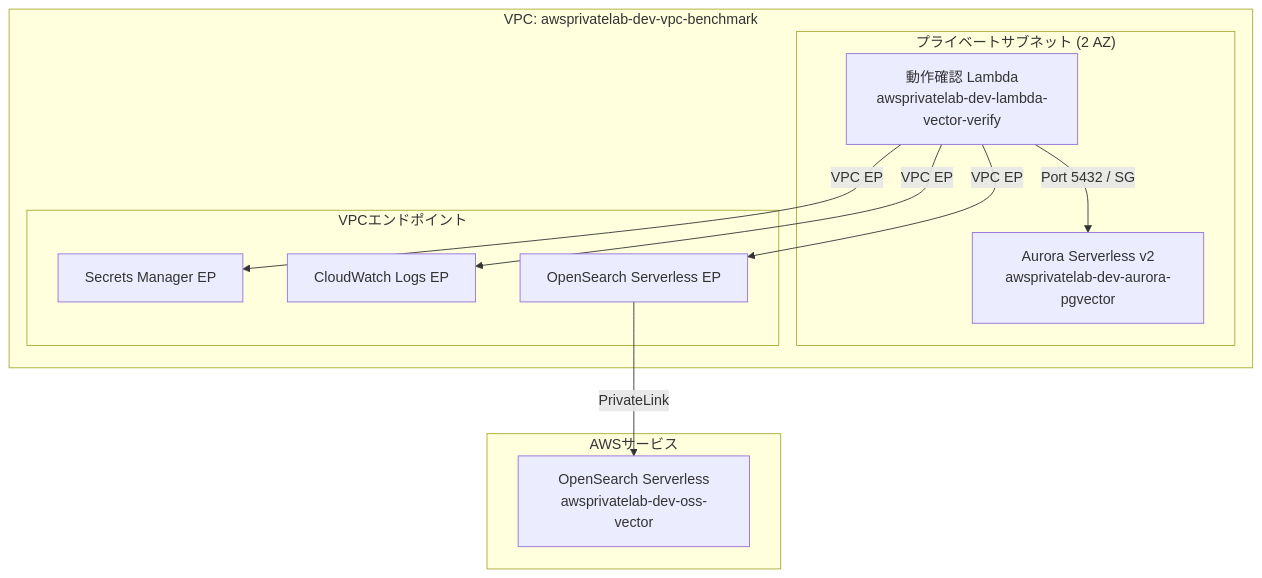
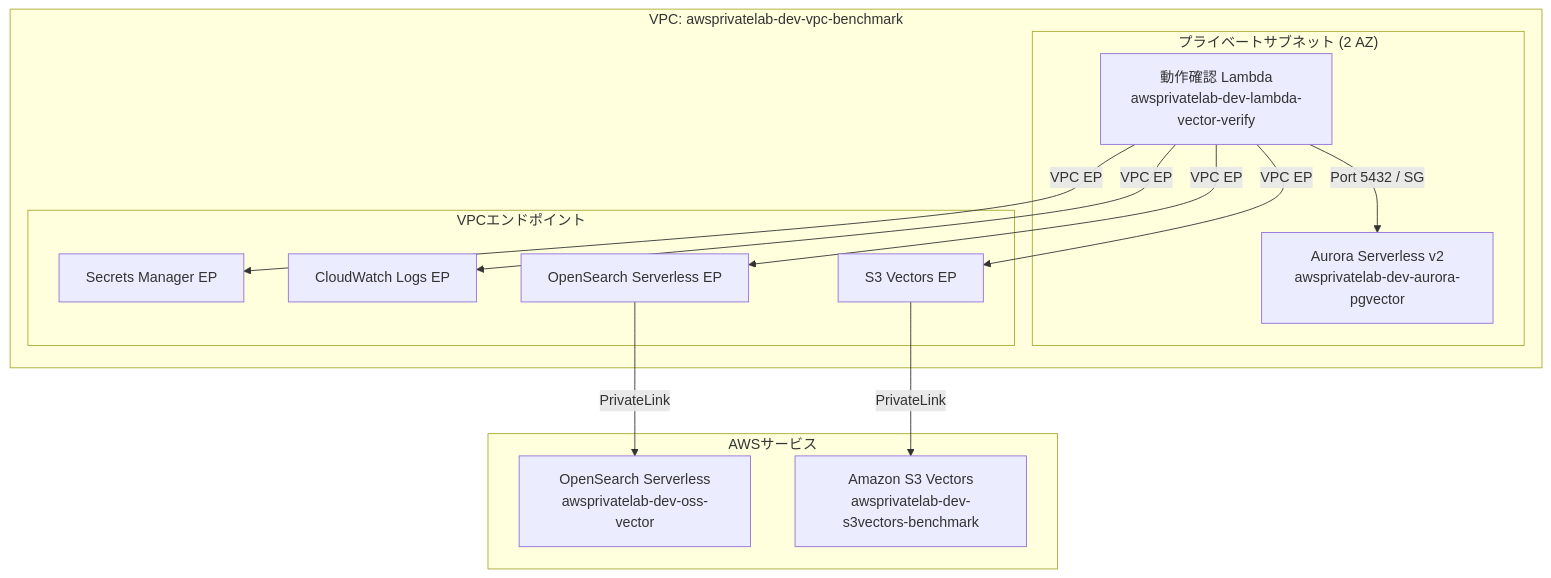
Before and after one commit to satoshi256kbyte/vector-db-benchmark: the first of 2 diagrams in .kiro/specs/01-vector-db-benchmark/design.md, drawn with Mermaid. The commit also changed other lines of this file and 25 other files, not shown here.

First line of the commit message:
feat: Add Amazon S3 Vectors support to vector database benchmark

````diff
--- a/.kiro/specs/01-vector-db-benchmark/design.md
+++ b/.kiro/specs/01-vector-db-benchmark/design.md
@@ -21,24 +23,27 @@
 ```mermaid
 graph TB
     subgraph VPC["VPC: awsprivatelab-dev-vpc-benchmark"]
         subgraph PrivateSubnet["プライベートサブネット (2 AZ)"]
             Lambda["動作確認 Lambda<br/>awsprivatelab-dev-lambda-vector-verify"]
             Aurora["Aurora Serverless v2<br/>awsprivatelab-dev-aurora-pgvector"]
         end
 
         subgraph VPCEndpoints["VPCエンドポイント"]
             EP_SM["Secrets Manager EP"]
             EP_CW["CloudWatch Logs EP"]
             EP_OS["OpenSearch Serverless EP"]
+            EP_S3V["S3 Vectors EP"]
         end
     end
 
     subgraph AWSServices["AWSサービス"]
         OSS["OpenSearch Serverless<br/>awsprivatelab-dev-oss-vector"]
+        S3V["Amazon S3 Vectors<br/>awsprivatelab-dev-s3vectors-benchmark"]
     end
 
     Lambda -->|"Port 5432 / SG"| Aurora
     Lambda -->|"VPC EP"| EP_OS -->|"PrivateLink"| OSS
+    Lambda -->|"VPC EP"| EP_S3V -->|"PrivateLink"| S3V
     Lambda -->|"VPC EP"| EP_SM
     Lambda -->|"VPC EP"| EP_CW
 ```
````
